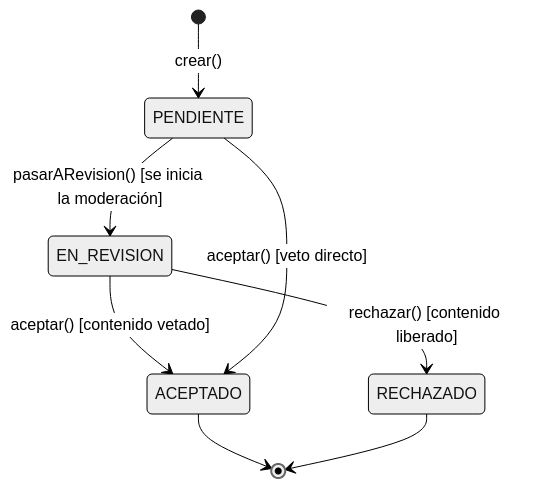
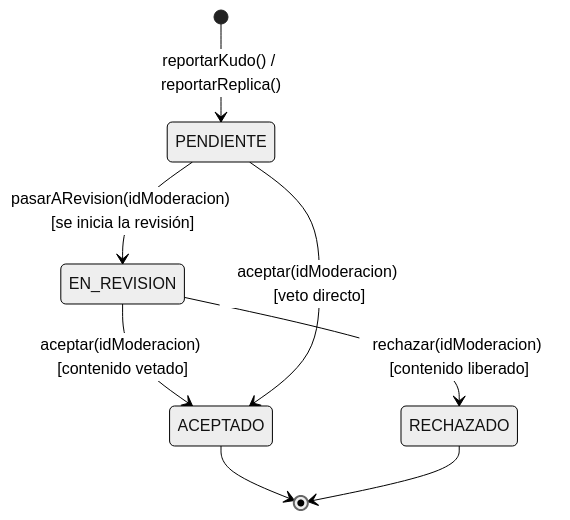
The third of 14 diagrams in documentacion/docs/06-diagramas-comportamiento/README.md (JaiderSoto07/kudos-backend), drawn with Mermaid (neutral theme) before and after one commit. The commit also changed other lines of this file and 143 other files, not shown here.

````diff
--- a/documentacion/docs/06-diagramas-comportamiento/README.md
+++ b/documentacion/docs/06-diagramas-comportamiento/README.md
@@ -83,10 +83,10 @@
 ```mermaid
 stateDiagram-v2
-    [*] --> PENDIENTE : crear()
-    PENDIENTE --> EN_REVISION : pasarARevision() [se inicia la moderación]
-    EN_REVISION --> ACEPTADO : aceptar() [contenido vetado]
-    EN_REVISION --> RECHAZADO : rechazar() [contenido liberado]
-    PENDIENTE --> ACEPTADO : aceptar() [veto directo]
+    [*] --> PENDIENTE : reportarKudo() / reportarReplica()
+    PENDIENTE --> EN_REVISION : pasarARevision(idModeracion) [se inicia la revisión]
+    EN_REVISION --> ACEPTADO : aceptar(idModeracion) [contenido vetado]
+    EN_REVISION --> RECHAZADO : rechazar(idModeracion) [contenido liberado]
+    PENDIENTE --> ACEPTADO : aceptar(idModeracion) [veto directo]
     ACEPTADO --> [*]
     RECHAZADO --> [*]
 ```
````
